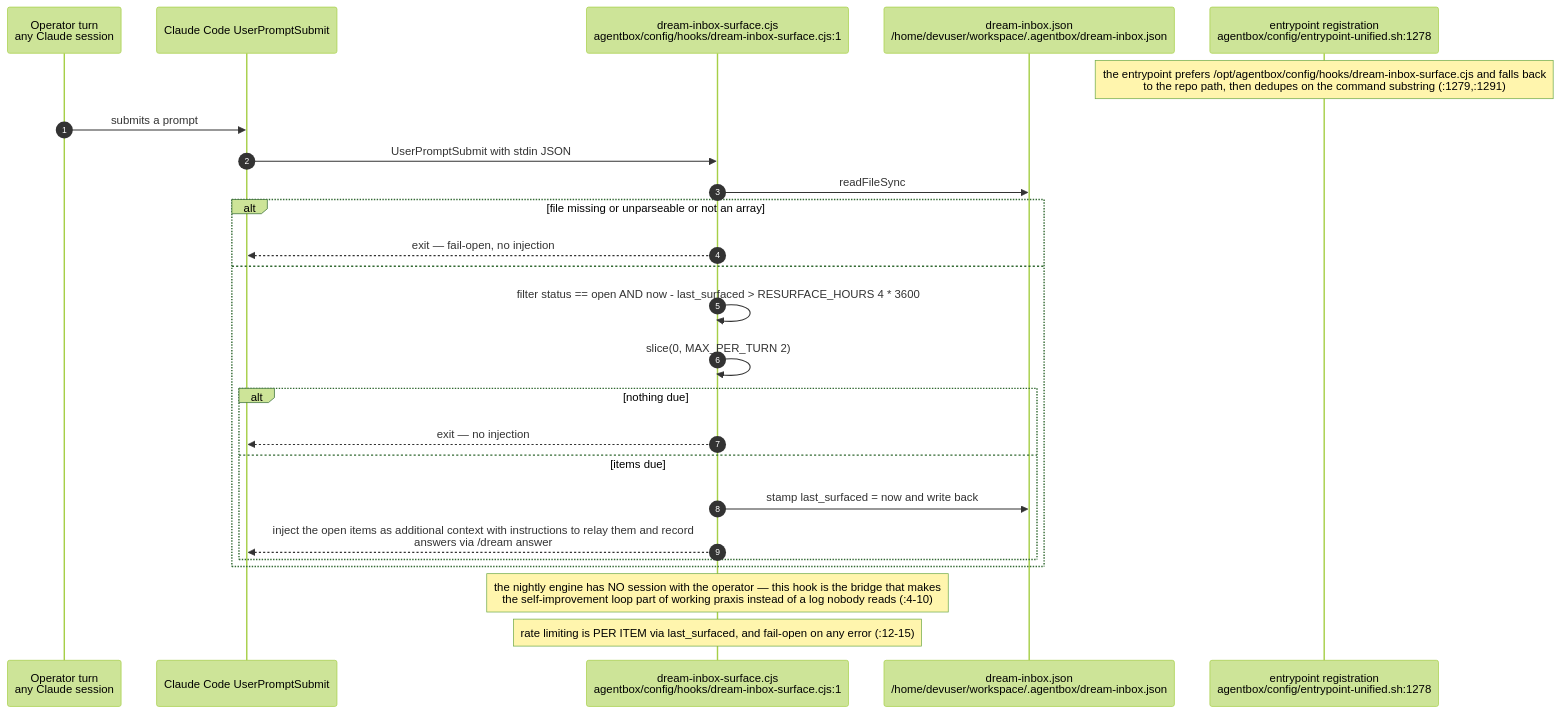
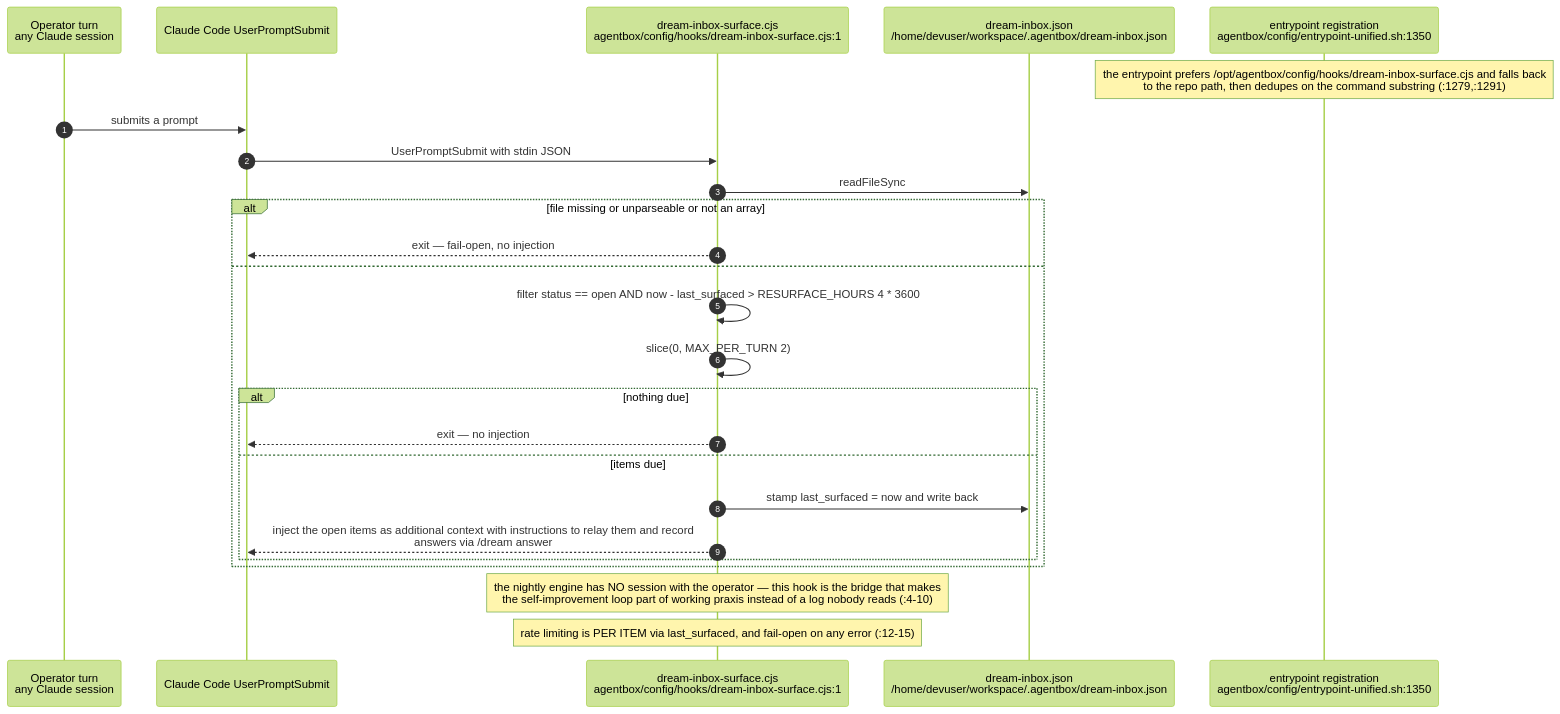
One commit to DreamLab-AI/AR-AI-Knowledge-Graph changed the ninth of 10 diagrams in docs/diagrams/agentbox/23-dream-engine.md. Above: the diagram before and after it, drawn with Mermaid (forest theme). The commit also changed other lines of this file and 73 other files, not shown here.

First line of the commit message:
docs(diagrams): re-verify all 71 topic files against HEAD; add --cite-check

````diff
--- a/docs/diagrams/agentbox/23-dream-engine.md
+++ b/docs/diagrams/agentbox/23-dream-engine.md
@@ -459,28 +459,28 @@
 ```mermaid
 sequenceDiagram
     autonumber
     participant U as Operator turn<br/>any Claude session
     participant CC as Claude Code UserPromptSubmit
     participant HK as dream-inbox-surface.cjs<br/>agentbox/config/hooks/dream-inbox-surface.cjs:1
     participant INBOX as dream-inbox.json<br/>/home/devuser/workspace/.agentbox/dream-inbox.json
-    participant EP as entrypoint registration<br/>agentbox/config/entrypoint-unified.sh:1278
+    participant EP as entrypoint registration<br/>agentbox/config/entrypoint-unified.sh:1350
 
     Note over EP: the entrypoint prefers /opt/agentbox/config/hooks/dream-inbox-surface.cjs and falls back<br/>to the repo path, then dedupes on the command substring (:1279,:1291)
     U->>CC: submits a prompt
     CC->>HK: UserPromptSubmit with stdin JSON
     HK->>INBOX: readFileSync
     alt file missing or unparseable or not an array
         HK-->>CC: exit — fail-open, no injection
     else
         HK->>HK: filter status == open AND now - last_surfaced > RESURFACE_HOURS 4 * 3600
         HK->>HK: slice(0, MAX_PER_TURN 2)
         alt nothing due
             HK-->>CC: exit — no injection
         else items due
             HK->>INBOX: stamp last_surfaced = now and write back
             HK-->>CC: inject the open items as additional context with instructions to relay them and record<br/>answers via /dream answer
         end
     end
     Note over HK: the nightly engine has NO session with the operator — this hook is the bridge that makes<br/>the self-improvement loop part of working praxis instead of a log nobody reads (:4-10)
     Note over HK: rate limiting is PER ITEM via last_surfaced, and fail-open on any error (:12-15)
 ```
````
